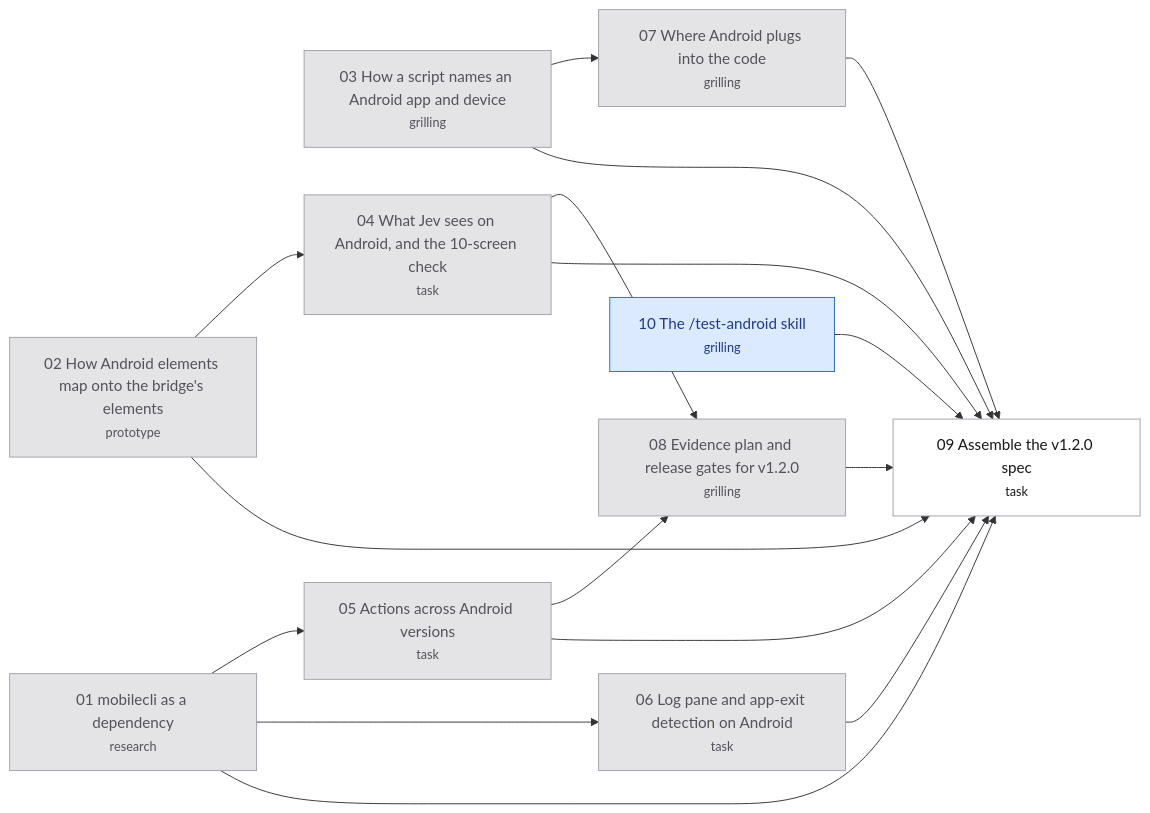
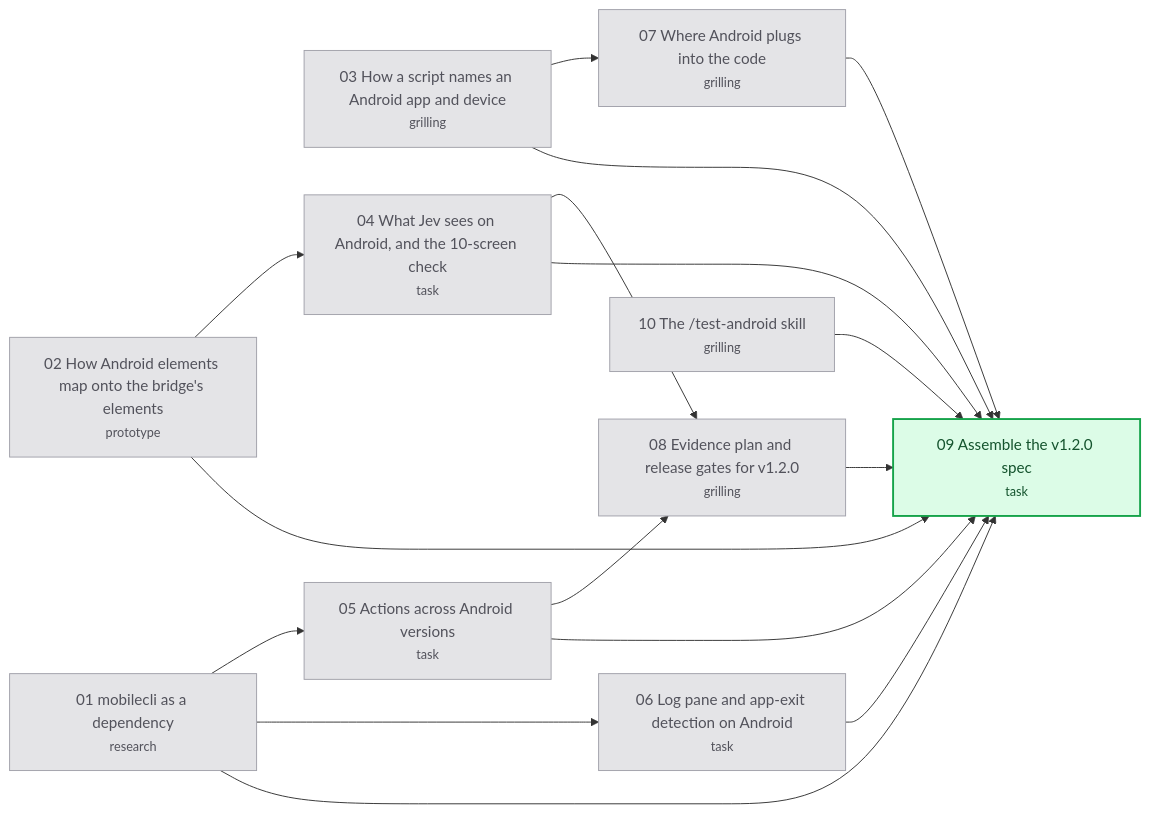
The diagram in .scratch/android-support/map.md (hugues-vnsgn/jev-ios-bridge), drawn with Mermaid before and after one commit. The commit also changed other lines of this file and 2 other files, not shown here.

Commit message:
wayfinder: resolve "The /test-android skill"

````diff
--- a/.scratch/android-support/map.md
+++ b/.scratch/android-support/map.md
@@ -49,35 +50,34 @@
 ```mermaid
 flowchart LR
     T01["01 mobilecli as a dependency<br/><small>research</small>"]
     T02["02 How Android elements map onto the bridge's elements<br/><small>prototype</small>"]
     T03["03 How a script names an Android app and device<br/><small>grilling</small>"]
     T04["04 What Jev sees on Android, and the 10-screen check<br/><small>task</small>"]
     T05["05 Actions across Android versions<br/><small>task</small>"]
     T06["06 Log pane and app-exit detection on Android<br/><small>task</small>"]
     T07["07 Where Android plugs into the code<br/><small>grilling</small>"]
     T08["08 Evidence plan and release gates for v1.2.0<br/><small>grilling</small>"]
     T09["09 Assemble the v1.2.0 spec<br/><small>task</small>"]
     T10["10 The /test-android skill<br/><small>grilling</small>"]
     T02 --> T04
     T01 --> T05
     T01 --> T06
     T03 --> T07
     T04 --> T08
     T05 --> T08
     T01 --> T09
     T02 --> T09
     T03 --> T09
     T04 --> T09
     T05 --> T09
     T06 --> T09
     T07 --> T09
     T08 --> T09
     T10 --> T09
     classDef resolved fill:#e4e4e7,stroke:#a1a1aa,color:#52525b
     classDef claimed fill:#dbeafe,stroke:#2563eb,color:#1e3a8a
     classDef frontier fill:#dcfce7,stroke:#16a34a,color:#14532d,stroke-width:2px
     classDef blocked fill:#ffffff,stroke:#a1a1aa,color:#18181b
-    class T01,T02,T03,T04,T05,T06,T07,T08 resolved
-    class T10 claimed
-    class T09 blocked
+    class T01,T02,T03,T04,T05,T06,T07,T08,T10 resolved
+    class T09 frontier
 ```
````
